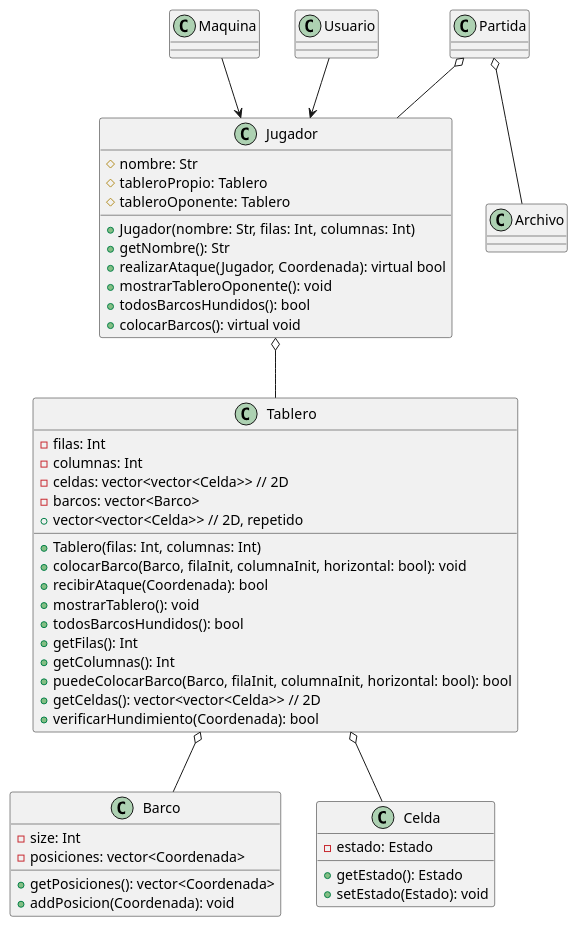
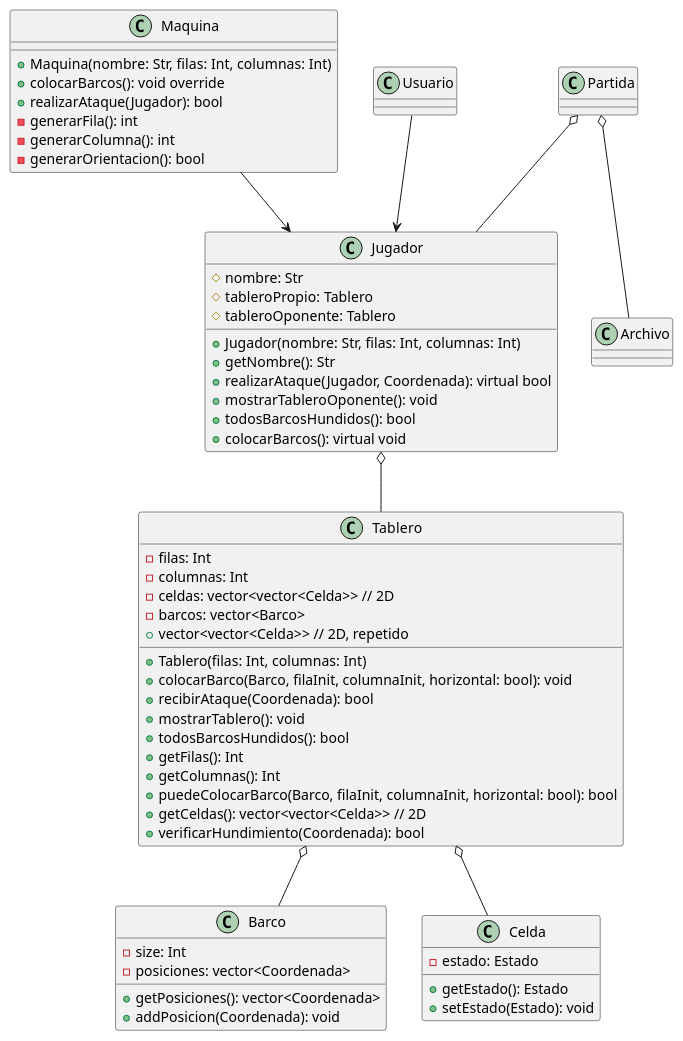
The diagram in docs/diagrama.wsd (santiago6124/ProyectoFinalProg2), drawn with PlantUML before and after one commit.

Commit message:
diagram v3 updated

```diff
--- a/docs/diagrama.wsd
+++ b/docs/diagrama.wsd
@@ -1,73 +1,79 @@
 @startuml
 
 
 class Tablero {
     - filas: Int
     - columnas: Int
     - celdas: vector<vector<Celda>> // 2D
     - barcos: vector<Barco>
     + Tablero(filas: Int, columnas: Int)
     + colocarBarco(Barco, filaInit, columnaInit, horizontal: bool): void
     + recibirAtaque(Coordenada): bool
     + mostrarTablero(): void
     + todosBarcosHundidos(): bool
     + getFilas(): Int
     + getColumnas(): Int
     + puedeColocarBarco(Barco, filaInit, columnaInit, horizontal: bool): bool
     + vector<vector<Celda>> // 2D, repetido
     + getCeldas(): vector<vector<Celda>> // 2D
     + verificarHundimiento(Coordenada): bool
 }
 
 class Jugador {
     + Jugador(nombre: Str, filas: Int, columnas: Int)
     + getNombre(): Str
     + realizarAtaque(Jugador, Coordenada): virtual bool
     + mostrarTableroOponente(): void
     + todosBarcosHundidos(): bool
     + colocarBarcos(): virtual void
     # nombre: Str
     # tableroPropio: Tablero
     # tableroOponente: Tablero
 }
 
 Jugador o-- Tablero
 
 class Maquina {
+    + Maquina(nombre: Str, filas: Int, columnas: Int)
+    + colocarBarcos(): void override
+    + realizarAtaque(Jugador): bool
+    - generarFila(): int
+    - generarColumna(): int
+    - generarOrientacion(): bool
 }
 
 class Usuario{
 }
 
 Maquina --> Jugador
 Usuario --> Jugador
 
 class Barco {
     - size: Int
     - posiciones: vector<Coordenada>
     + getPosiciones(): vector<Coordenada>
     + addPosicion(Coordenada): void
 }
 
 Tablero o-- Barco
 
 ' Casillero=Coordenada=Celda
 class Celda{
     - estado: Estado
     + getEstado(): Estado
     + setEstado(Estado): void
 }
 
 Tablero o-- Celda
 
 class Partida{
 }
 
 Partida o-- Jugador
 
 class Archivo{
 }
 
 Partida o-- Archivo
 
 @enduml
```
